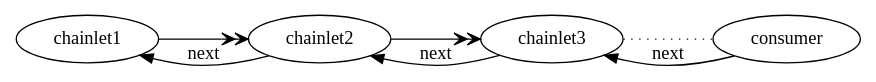
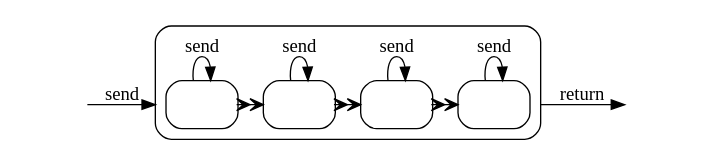
Before and after one commit to maxfischer2781/chainlet: the first of 2 diagrams in docs/source/chains.rst, drawn with Graphviz. The commit also changed other lines of this file and 2 other files, not shown here.

```diff
--- a/docs/source/chains.rst
+++ b/docs/source/chains.rst
@@ -36,8 +55,19 @@
 .. graphviz::
 
     digraph g {
         graph [rankdir=LR]
-        chainlet1 -> chainlet2 -> chainlet3 [arrowhead=veevee]
-        chainlet3 -> consumer [arrowhead=none,style=dotted]
-        consumer -> chainlet3 -> chainlet2 -> chainlet1 [label=next,constraint=false]
+        compound=true;
+        subgraph cluster_c {
+            ranksep=0;
+            style=rounded;
+            c1 -> c2 -> c3 -> c4 [style=dotted, arrowhead="veevee"];
+            c1, c2, c3, c4 [shape=box, style=rounded, label=""];
+            c1 -> c1 [label=send];
+            c2 -> c2 [label=send];
+            c3 -> c3 [label=send];
+            c4 -> c4 [label=send];
+        }
+        in, out [style=invis]
+        in -> c1 [label=send, lhead=cluster_c]
+        c4 -> out [label=return, ltail=cluster_c]
     }
```
